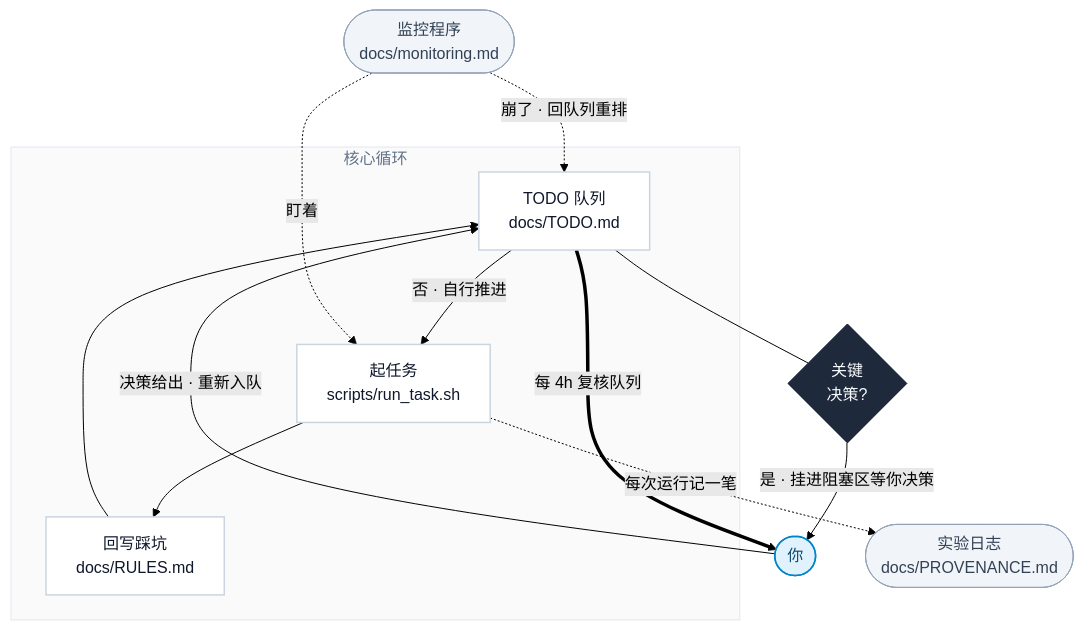
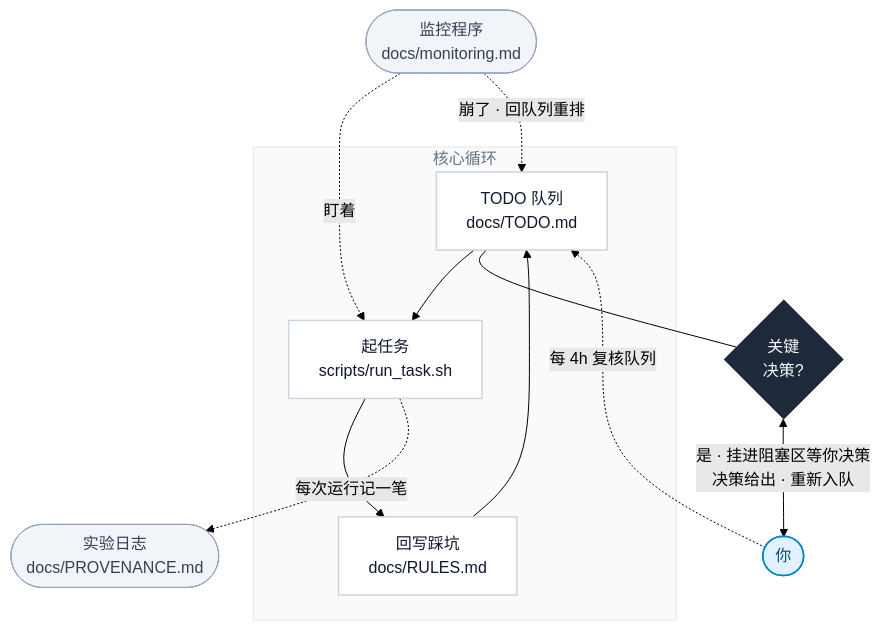
Before and after one commit to hashiruu/agent-experiment: the diagram in README.md, drawn with Mermaid (forest theme). The commit also changed 1 other file, not shown here.

Commit message:
Keep the core loop tight so it reads as a ring

````diff
--- a/README.md
+++ b/README.md
@@ -22,30 +22,29 @@
 ```mermaid
 flowchart TB
     subgraph CORE["核心循环"]
         Q["TODO 队列<br/>docs/TODO.md"]
         T["起任务<br/>scripts/run_task.sh"]
         R["回写踩坑<br/>docs/RULES.md"]
-        Q -->|"否 · 自行推进"| T
+        Q --> T
         T --> R
         R --> Q
     end
 
     Q --- D{"关键<br/>决策?"}
-    D -->|"是 · 挂进阻塞区等你决策"| HU(["你"])
-    HU -->|"决策给出 · 重新入队"| Q
-    Q ==>|"每 4h 复核队列"| HU
+    D <-->|"是 · 挂进阻塞区等你决策<br/>决策给出 · 重新入队"| HU(["你"])
+    HU -.->|"每 4h 复核队列"| Q
 
-    T -.->|"每次运行记一笔"| PV(["实验日志<br/>docs/PROVENANCE.md"])
     MO(["监控程序<br/>docs/monitoring.md"]) -.->|"盯着"| T
     MO -.->|"崩了 · 回队列重排"| Q
+    T -.->|"每次运行记一笔"| PV(["实验日志<br/>docs/PROVENANCE.md"])
 
     classDef step fill:#FFFFFF,stroke:#CBD5E1,stroke-width:1.5px,color:#0F172A
     classDef gate fill:#1E293B,stroke:#0F172A,color:#F8FAFC
     classDef ext fill:#F1F5F9,stroke:#94A3B8,color:#334155
     classDef human fill:#E0F2FE,stroke:#0284C7,stroke-width:1.5px,color:#0C4A6E
     class Q,T,R step
     class D gate
     class MO,PV ext
     class HU human
     style CORE fill:#FAFAFA,stroke:#E2E8F0,color:#64748B
 ```
````
